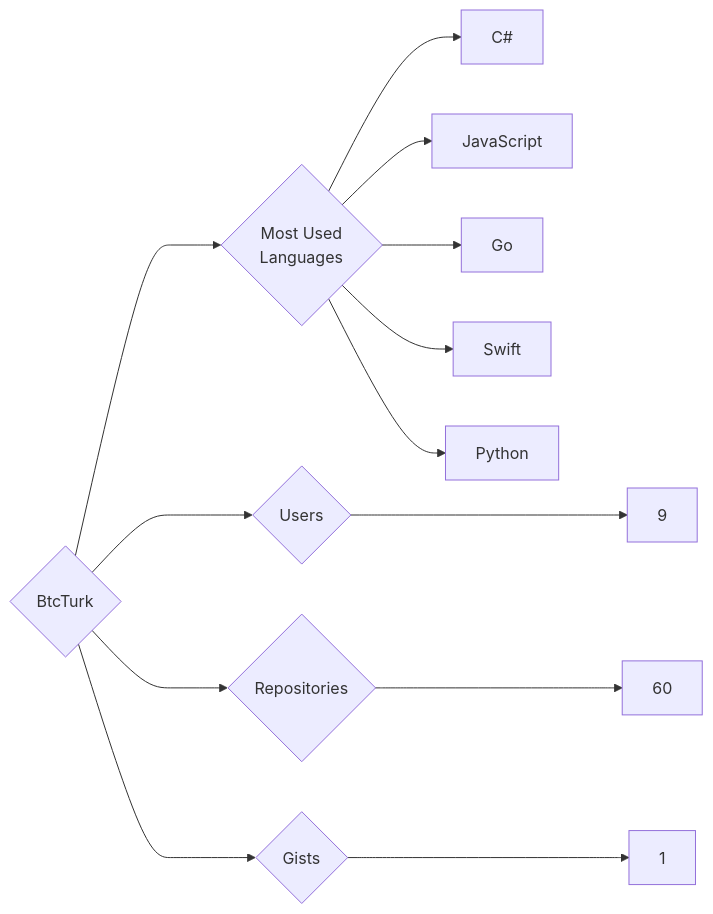
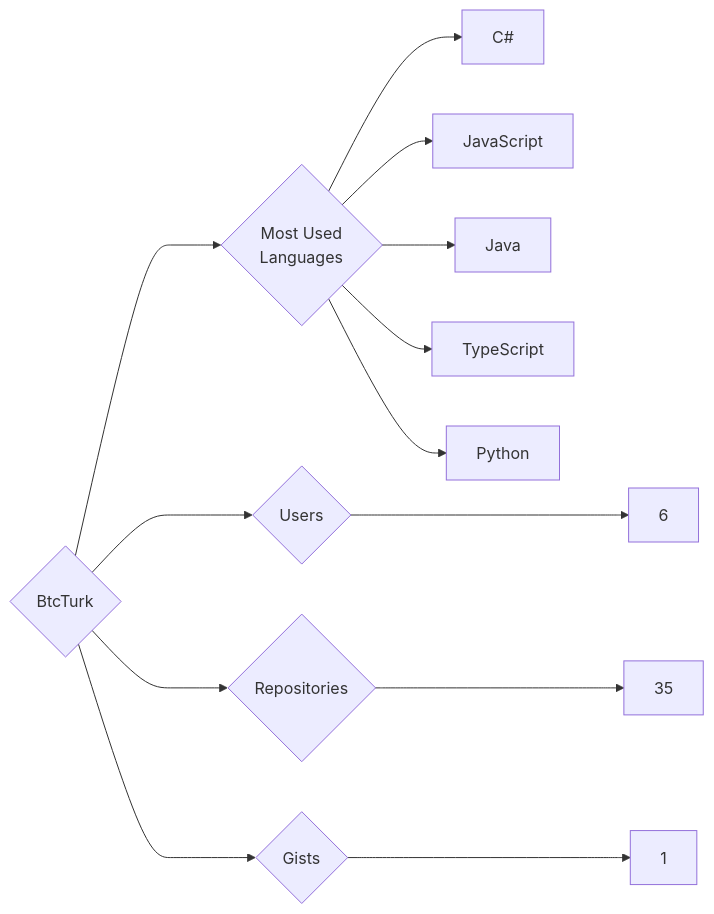
Before and after one commit to trickest/insiders: the diagram in targets/BtcTurk/README.md, drawn with Mermaid. The commit also changed 644 other files, not shown here.

````diff
--- a/targets/BtcTurk/README.md
+++ b/targets/BtcTurk/README.md
@@ -3,13 +3,13 @@
 ```mermaid
 graph LR
 COMPANY_NAME{BtcTurk}
-COMPANY_NAME ---> U{Users} ---> UN[9]
-COMPANY_NAME ---> R{Repositories} ---> RN[60]
+COMPANY_NAME ---> U{Users} ---> UN[6]
+COMPANY_NAME ---> R{Repositories} ---> RN[35]
 COMPANY_NAME ---> G{Gists} ---> GN[1]
 COMPANY_NAME ---> ML{Most Used<br>Languages}
 ML --> C#[C#]
 ML --> JavaScript[JavaScript]
-ML --> Go[Go]
-ML --> Swift[Swift]
+ML --> Java[Java]
+ML --> TypeScript[TypeScript]
 ML --> Python[Python]
 ```
````
